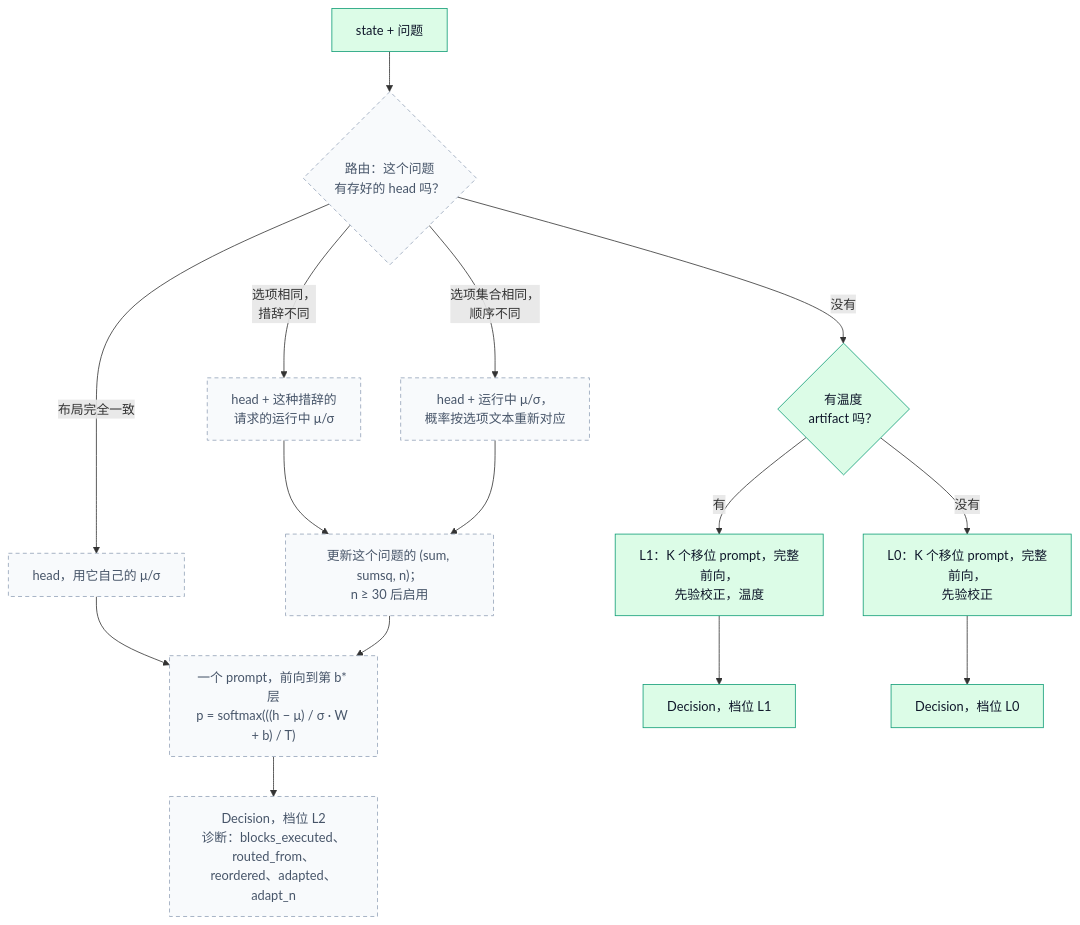
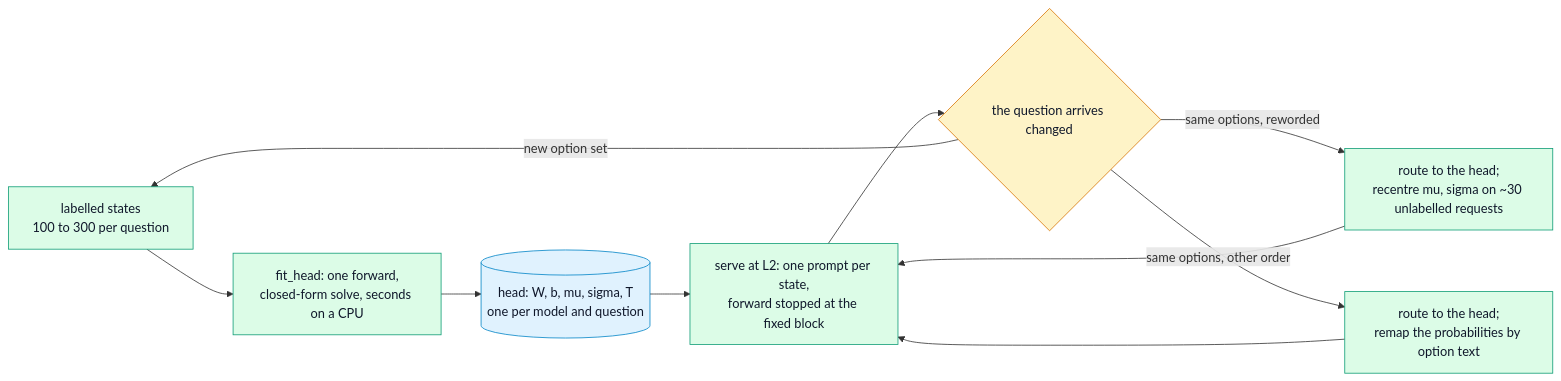
The first of 2 diagrams in README.zh-CN.md (MorrisZJ/AnyJev), drawn with Mermaid before and after one commit. The commit also changed other lines of this file and 23 other files, not shown here.

````diff
--- a/README.zh-CN.md
+++ b/README.zh-CN.md
@@ -170,23 +113,19 @@
 ```mermaid
-flowchart TD
-    A["state + 问题"] --> R{"路由：这个问题<br/>有存好的 head 吗？"}
-    R -- "布局完全一致" --> H1["head，用它自己的 μ/σ"]
-    R -- "选项相同，<br/>措辞不同" --> H2["head + 这种措辞的<br/>请求的运行中 μ/σ"]
-    R -- "选项集合相同，<br/>顺序不同" --> H3["head + 运行中 μ/σ，<br/>概率按选项文本重新对应"]
-    H2 --> U["更新这个问题的 (sum, sumsq, n)；<br/>n ≥ 30 后启用"]
-    H3 --> U
-    H1 --> F["一个 prompt，前向到第 b* 层<br/>p = softmax(((h − μ) / σ · W + b) / T)"]
-    U --> F
-    F --> D2["Decision，档位 L2<br/>诊断：blocks_executed、routed_from、<br/>reordered、adapted、adapt_n"]
-    R -- "没有" --> T{"有温度<br/>artifact 吗？"}
-    T -- "有" --> L1["L1：K 个移位 prompt，完整前向，<br/>先验校正，温度"]
-    T -- "没有" --> L0["L0：K 个移位 prompt，完整前向，<br/>先验校正"]
-    L1 --> D1["Decision，档位 L1"]
-    L0 --> D0["Decision，档位 L0"]
+flowchart LR
+    L["labelled states<br/>100 to 300 per question"] --> F["fit_head: one forward,<br/>closed-form solve, seconds on a CPU"]
+    F --> H[("head: W, b, mu, sigma, T<br/>one per model and question")]
+    H --> S["serve at L2: one prompt per state,<br/>forward stopped at the fixed block"]
+    S --> T{"the question arrives changed"}
+    T -->|"same options, reworded"| R["route to the head;<br/>recentre mu, sigma on ~30 unlabelled requests"]
+    T -->|"same options, other order"| O["route to the head;<br/>remap the probabilities by option text"]
+    T -->|"new option set"| L
+    R --> S
+    O --> S
 
     classDef shipped fill:#dcfce7,stroke:#0f9d76,color:#0f172a
-    classDef preview fill:#fef3c7,stroke:#d97706,color:#0f172a
-    classDef planned fill:#f8fafc,stroke:#94a3b8,stroke-dasharray:5 4,color:#475569
-    class A,T,L1,L0,D1,D0 shipped
-    class R,H1,H2,H3,U,F,D2 planned
+    classDef data fill:#e0f2fe,stroke:#0284c7,color:#0f172a
+    classDef decision fill:#fef3c7,stroke:#d97706,color:#0f172a
+    class L,F,S,R,O shipped
+    class H data
+    class T decision
 ```
````
